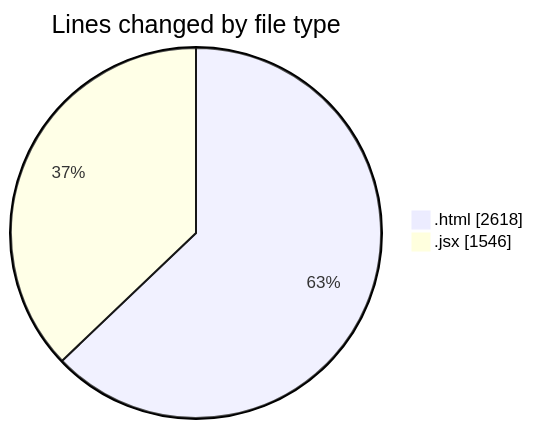
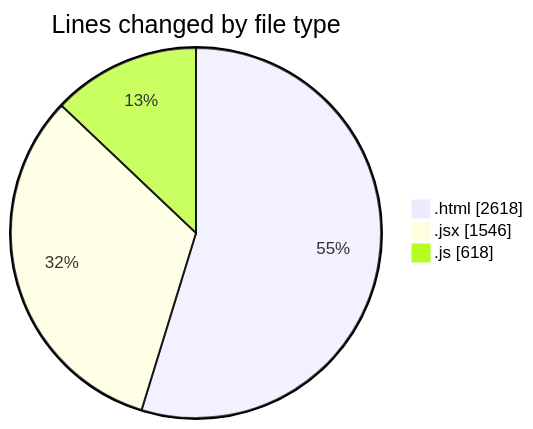
Before and after one commit to nxtqubesakshisongat/code-tracking: the first of 2 diagrams in 2025-08-08/nxtqube_webapp/README.md, drawn with Mermaid. The commit also changed other lines of this file and 1 other file, not shown here.

````diff
--- a/2025-08-08/nxtqube_webapp/README.md
+++ b/2025-08-08/nxtqube_webapp/README.md
@@ -22,6 +23,7 @@
 ```mermaid
 pie showData
 title Lines changed by file type
 ".html" : 2618
 ".jsx" : 1546
+".js" : 618
 ```
````
